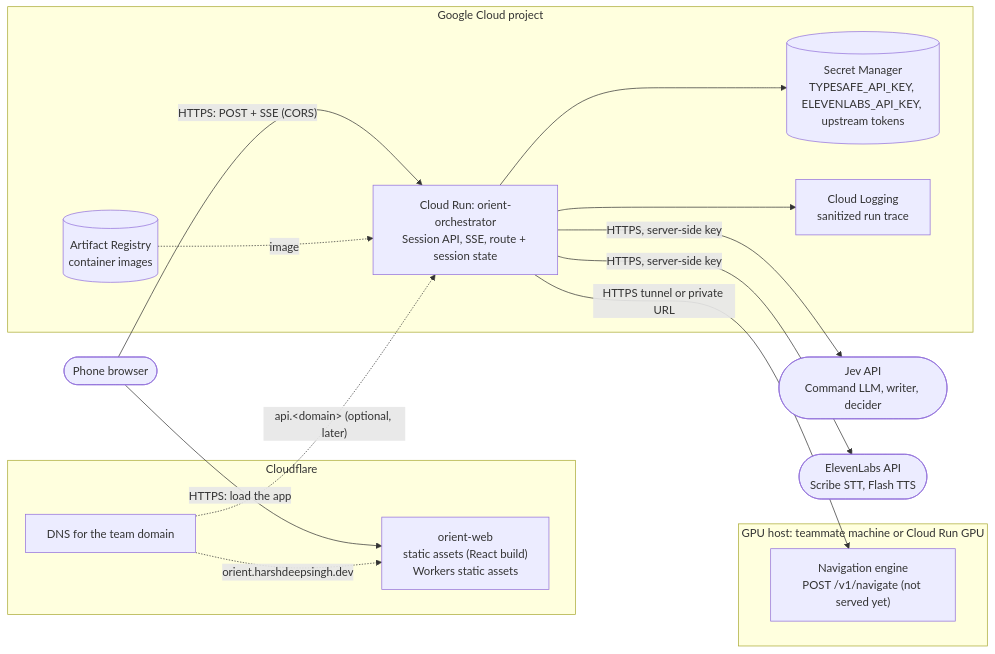
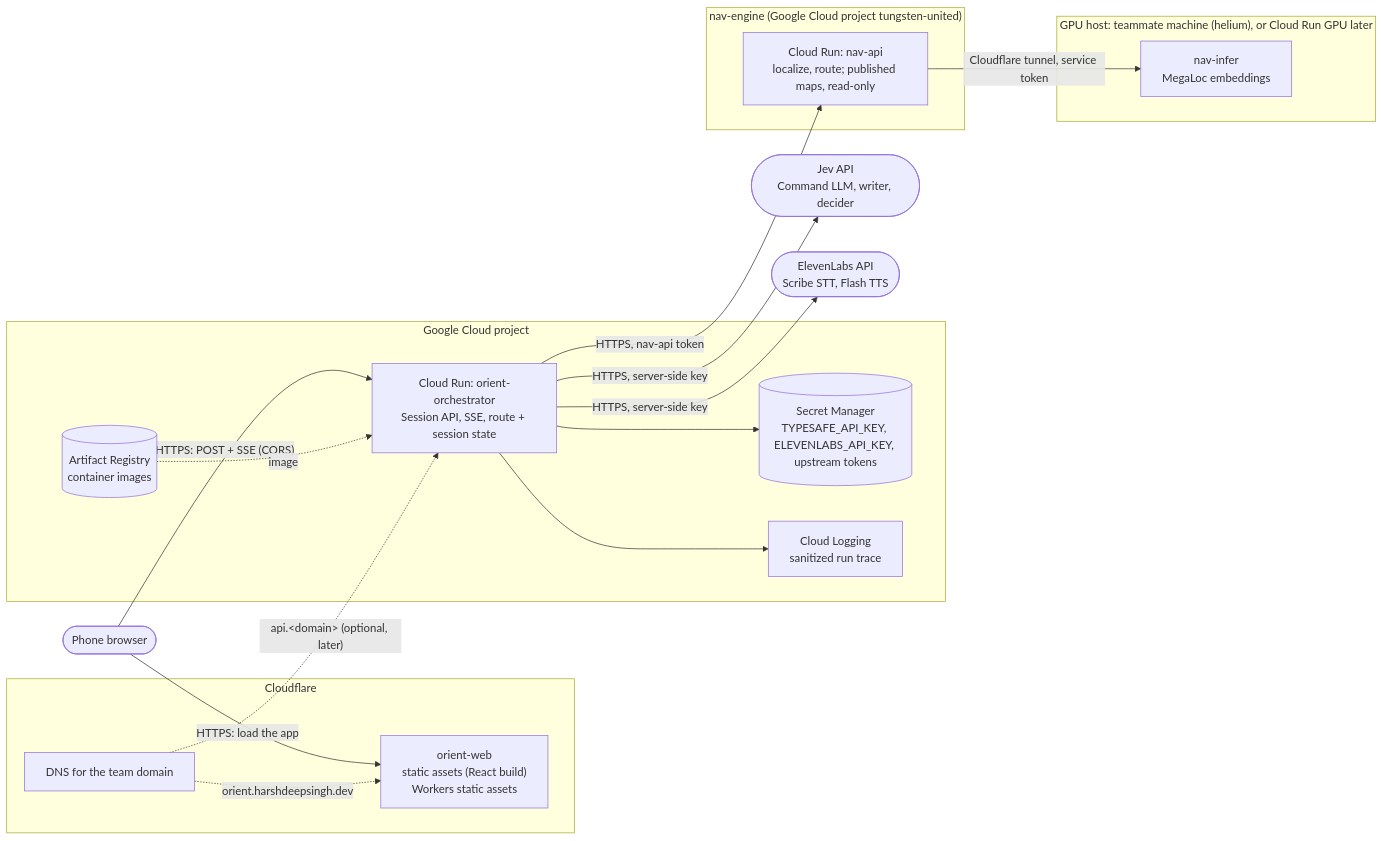
Before and after one commit to tungsten-united/project-description: the first of 2 diagrams in docs/deployment.md, drawn with Mermaid. The commit also changed other lines of this file and 4 other files, not shown here.

First line of the commit message:
Docs: the orchestrator uses nav-engine's nav-api; align with the new contract

````diff
--- a/docs/deployment.md
+++ b/docs/deployment.md
@@ -7,34 +7,39 @@
 ```mermaid
 flowchart LR
   user(["Phone browser"])
 
   subgraph cf["Cloudflare"]
     assets["orient-web<br/>static assets (React build)<br/>Workers static assets"]
     dns["DNS for the team domain"]
   end
 
   subgraph gcp["Google Cloud project"]
     run["Cloud Run: orient-orchestrator<br/>Session API, SSE, route + session state"]
     sm[("Secret Manager<br/>TYPESAFE_API_KEY, ELEVENLABS_API_KEY, upstream tokens")]
     ar[("Artifact Registry<br/>container images")]
     log["Cloud Logging<br/>sanitized run trace"]
   end
 
-  subgraph venue["GPU host: teammate machine or Cloud Run GPU"]
-    vla["Navigation engine<br/>POST /v1/navigate (not served yet)"]
+  subgraph nav["nav-engine (Google Cloud project tungsten-united)"]
+    navapi["Cloud Run: nav-api<br/>localize, route; published maps, read-only"]
+  end
+
+  subgraph venue["GPU host: teammate machine (helium), or Cloud Run GPU later"]
+    infer["nav-infer<br/>MegaLoc embeddings"]
   end
 
   jev(["Jev API<br/>Command LLM, writer, decider"])
   el(["ElevenLabs API<br/>Scribe STT, Flash TTS"])
 
   user -->|"HTTPS: load the app"| assets
   user -->|"HTTPS: POST + SSE (CORS)"| run
   dns -.->|"orient.harshdeepsingh.dev"| assets
   dns -.->|"api.&lt;domain&gt; (optional, later)"| run
   run --> sm
   run --> log
   ar -.->|"image"| run
-  run -->|"HTTPS tunnel or private URL"| vla
+  run -->|"HTTPS, nav-api token"| navapi
+  navapi -->|"Cloudflare tunnel, service token"| infer
   run -->|"HTTPS, server-side key"| jev
   run -->|"HTTPS, server-side key"| el
 ```
````
